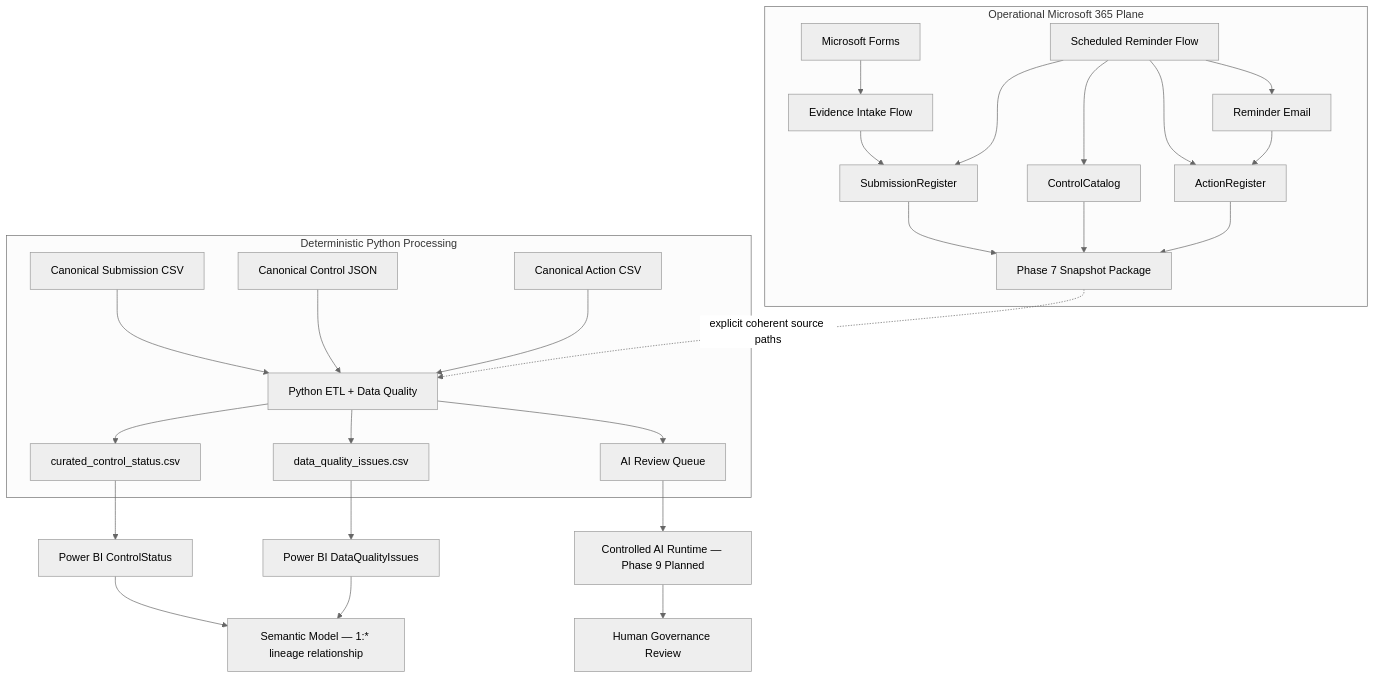
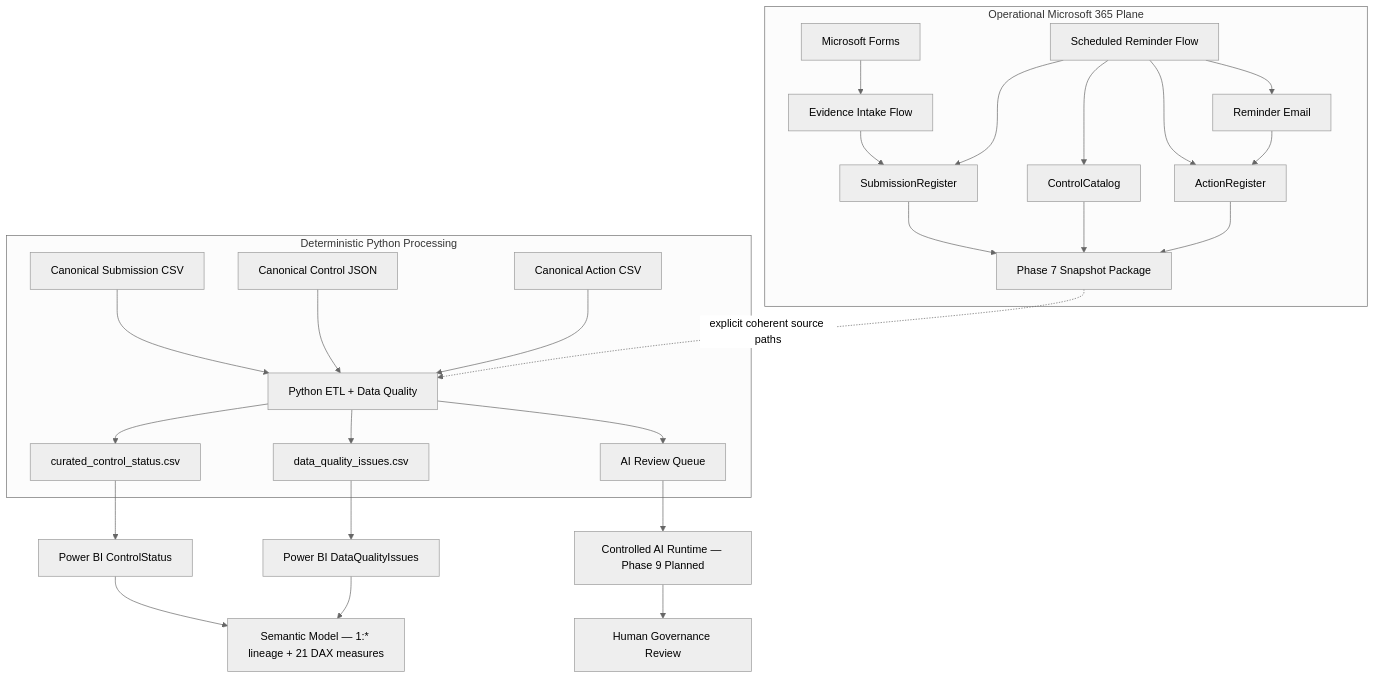
One commit to gw-ai-security/cyber-governance-automation-lab changed the diagram in README.md. Above: the diagram before and after it, drawn with Mermaid (neutral theme). The commit also changed other lines of this file, not shown here.

Commit message:
docs: align README with Phase 8.5 measures

````diff
--- a/README.md
+++ b/README.md
@@ -79,32 +81,32 @@
 ```mermaid
 flowchart TD
     subgraph OP[Operational Microsoft 365 Plane]
         A[Microsoft Forms] --> B[Evidence Intake Flow]
         B --> C[SubmissionRegister]
         D[Scheduled Reminder Flow] --> C
         D --> E[ControlCatalog]
         D --> F[ActionRegister]
         D --> G[Reminder Email]
         G --> F
         C --> S[Phase 7 Snapshot Package]
         E --> S
         F --> S
     end
 
     subgraph PY[Deterministic Python Processing]
         H[Canonical Submission CSV] --> K[Python ETL + Data Quality]
         I[Canonical Control JSON] --> K
         J[Canonical Action CSV] --> K
         S -. explicit coherent source paths .-> K
         K --> L[curated_control_status.csv]
         K --> M[data_quality_issues.csv]
         K --> N[AI Review Queue]
     end
 
     L --> P[Power BI ControlStatus]
     M --> O[Power BI DataQualityIssues]
-    P --> R[Semantic Model — 1:* lineage relationship]
+    P --> R[Semantic Model — 1:* lineage + 21 DAX measures]
     O --> R
     N --> Q[Controlled AI Runtime — Phase 9 Planned]
     Q --> T[Human Governance Review]
 ```
````
